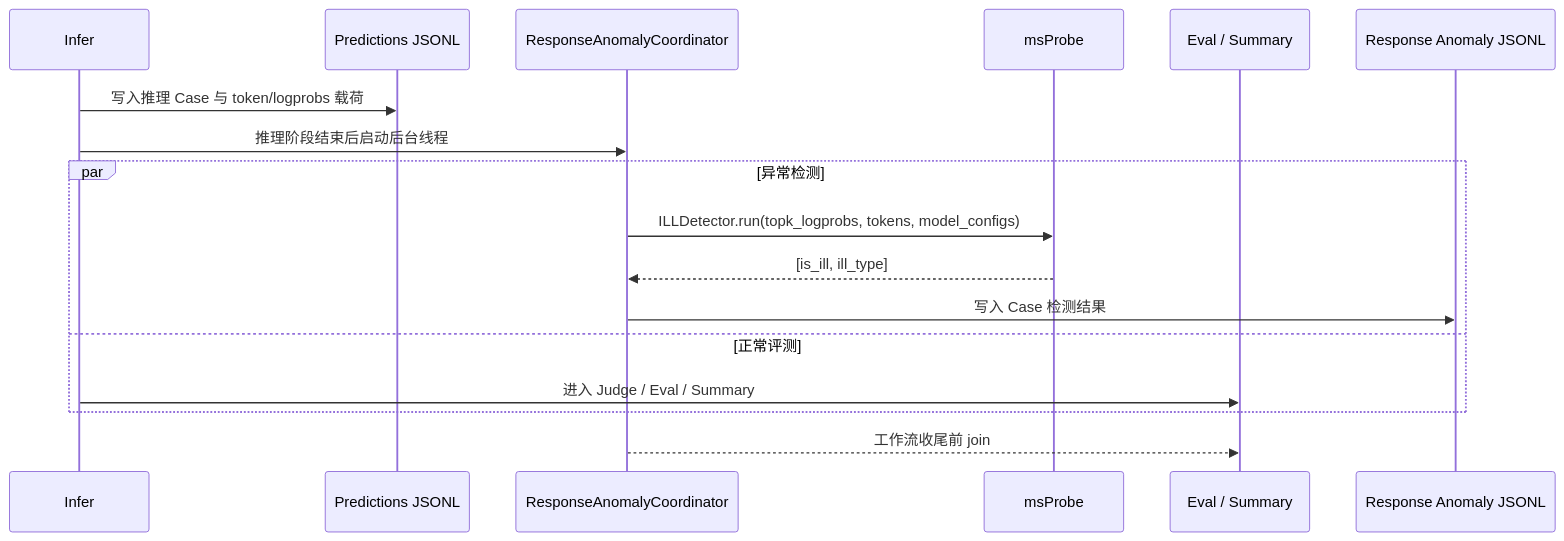
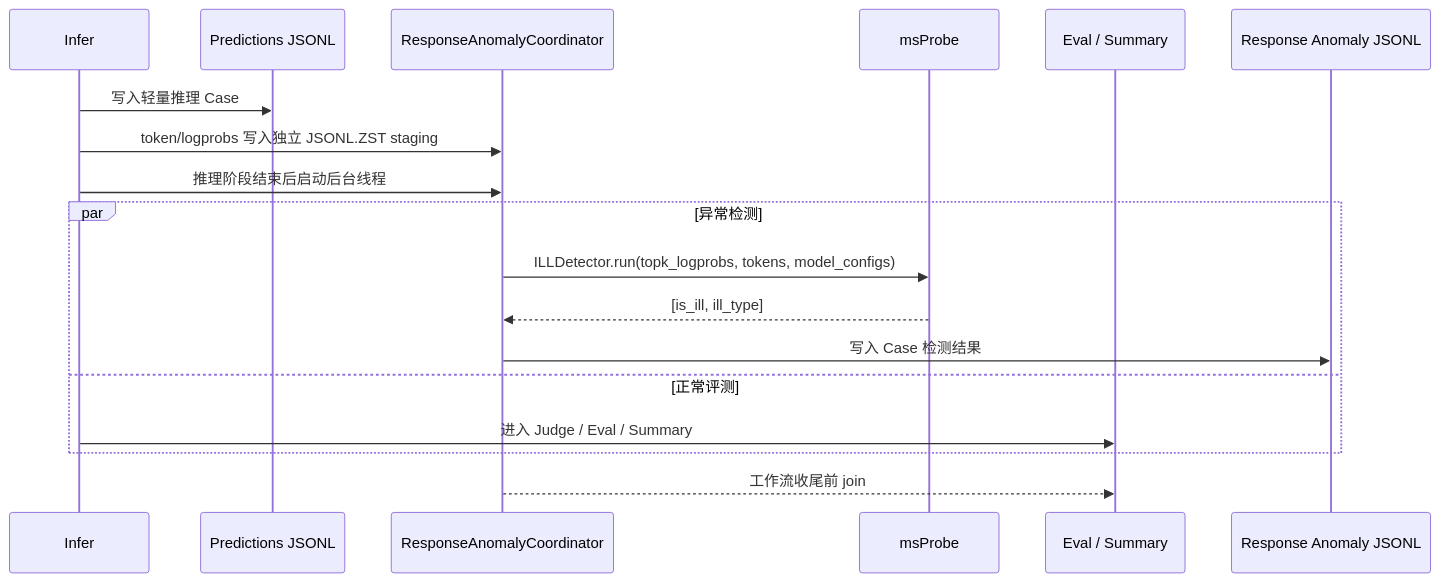
One commit to Libotry/benchmark changed the second of 2 diagrams in docs/source_zh_cn/design/AISBench推理响应异常检测模块设计.md. Above: the diagram before and after it, drawn with Mermaid. The commit also changed other lines of this file and 12 other files, not shown here.

````diff
--- a/docs/source_zh_cn/design/AISBench推理响应异常检测模块设计.md
+++ b/docs/source_zh_cn/design/AISBench推理响应异常检测模块设计.md
@@ -108,20 +109,21 @@
 ```mermaid
 sequenceDiagram
     participant I as Infer
     participant P as Predictions JSONL
     participant C as ResponseAnomalyCoordinator
     participant M as msProbe
     participant E as Eval / Summary
     participant R as Response Anomaly JSONL
 
-    I->>P: 写入推理 Case 与 token/logprobs 载荷
+    I->>P: 写入轻量推理 Case
+    I->>C: token/logprobs 写入独立 JSONL.ZST staging
     I->>C: 推理阶段结束后启动后台线程
     par 异常检测
         C->>M: ILLDetector.run(topk_logprobs, tokens, model_configs)
         M-->>C: [is_ill, ill_type]
         C->>R: 写入 Case 检测结果
     and 正常评测
         I->>E: 进入 Judge / Eval / Summary
     end
     C-->>E: 工作流收尾前 join
 ```
````
